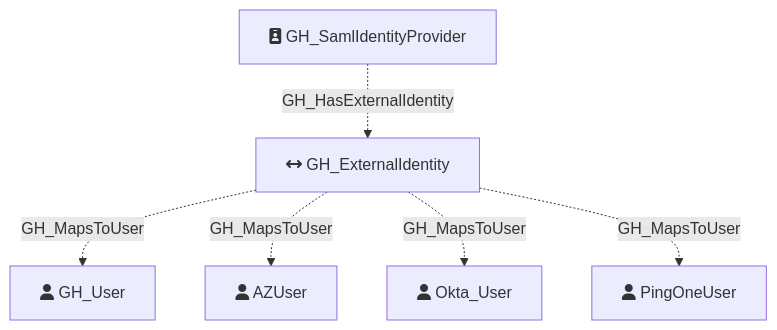
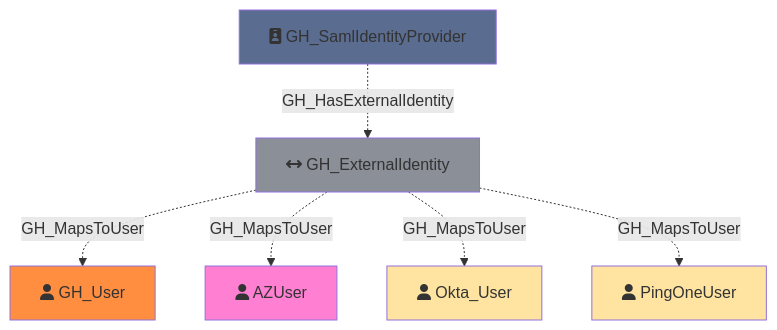
One commit to SpecterOps/bloodhound-docs changed the diagram in docs/opengraph/extensions/githound/reference/nodes/gh_externalidentity.mdx. Above: the diagram before and after it, drawn with Mermaid. The commit also changed other lines of this file and 52 other files, not shown here.

````diff
--- a/docs/opengraph/extensions/githound/reference/nodes/gh_externalidentity.mdx
+++ b/docs/opengraph/extensions/githound/reference/nodes/gh_externalidentity.mdx
@@ -53,16 +68,22 @@
 ```mermaid
 flowchart TD
     GH_SamlIdentityProvider[fa:fa-id-badge GH_SamlIdentityProvider]
     GH_ExternalIdentity[fa:fa-arrows-left-right GH_ExternalIdentity]
     GH_User[fa:fa-user GH_User]
     AZUser[fa:fa-user AZUser]
     Okta_User[fa:fa-user Okta_User]
     PingOneUser[fa:fa-user PingOneUser]
 
+    style GH_SamlIdentityProvider fill:#5A6C8F
+    style GH_ExternalIdentity fill:#8A8F98
+    style GH_User fill:#FF8E40
+    style AZUser fill:#FF80D2
+    style Okta_User fill:#FFE4A1
+    style PingOneUser fill:#FFE4A1
 
     GH_SamlIdentityProvider -.->|GH_HasExternalIdentity| GH_ExternalIdentity
     GH_ExternalIdentity -.->|GH_MapsToUser| GH_User
     GH_ExternalIdentity -.->|GH_MapsToUser| AZUser
     GH_ExternalIdentity -.->|GH_MapsToUser| Okta_User
     GH_ExternalIdentity -.->|GH_MapsToUser| PingOneUser
 ```
````
